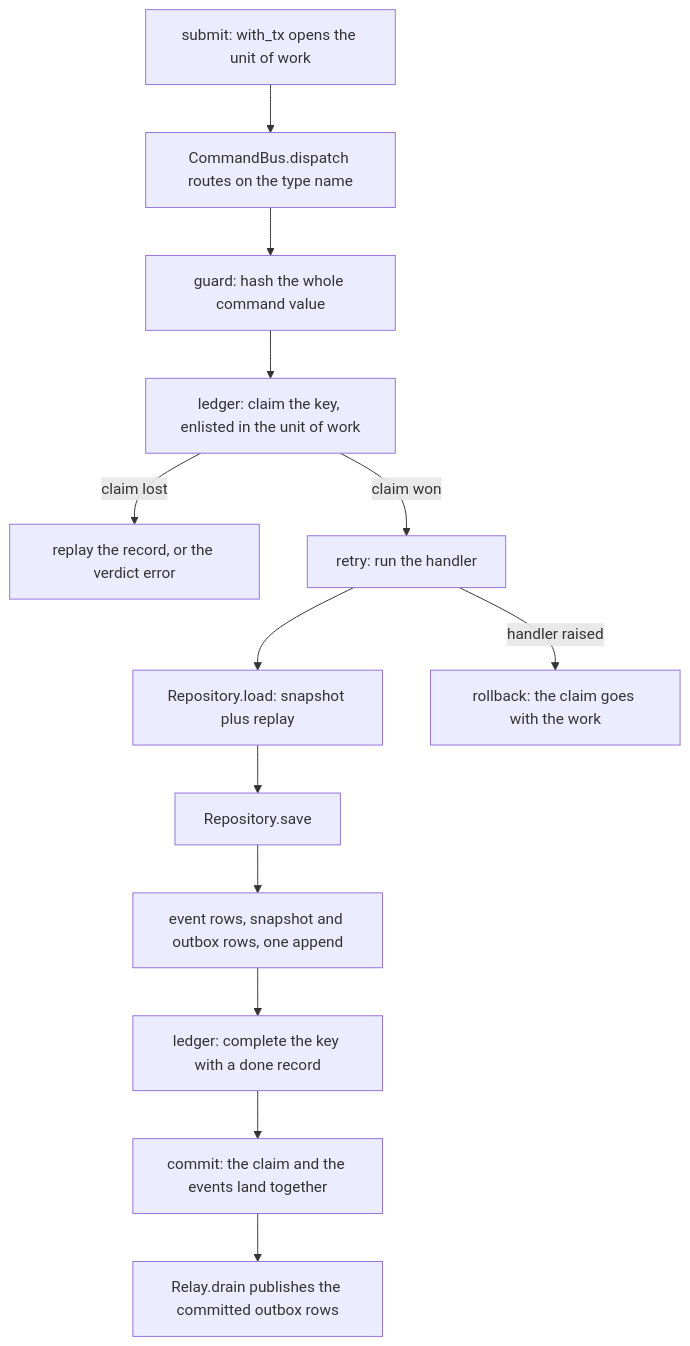
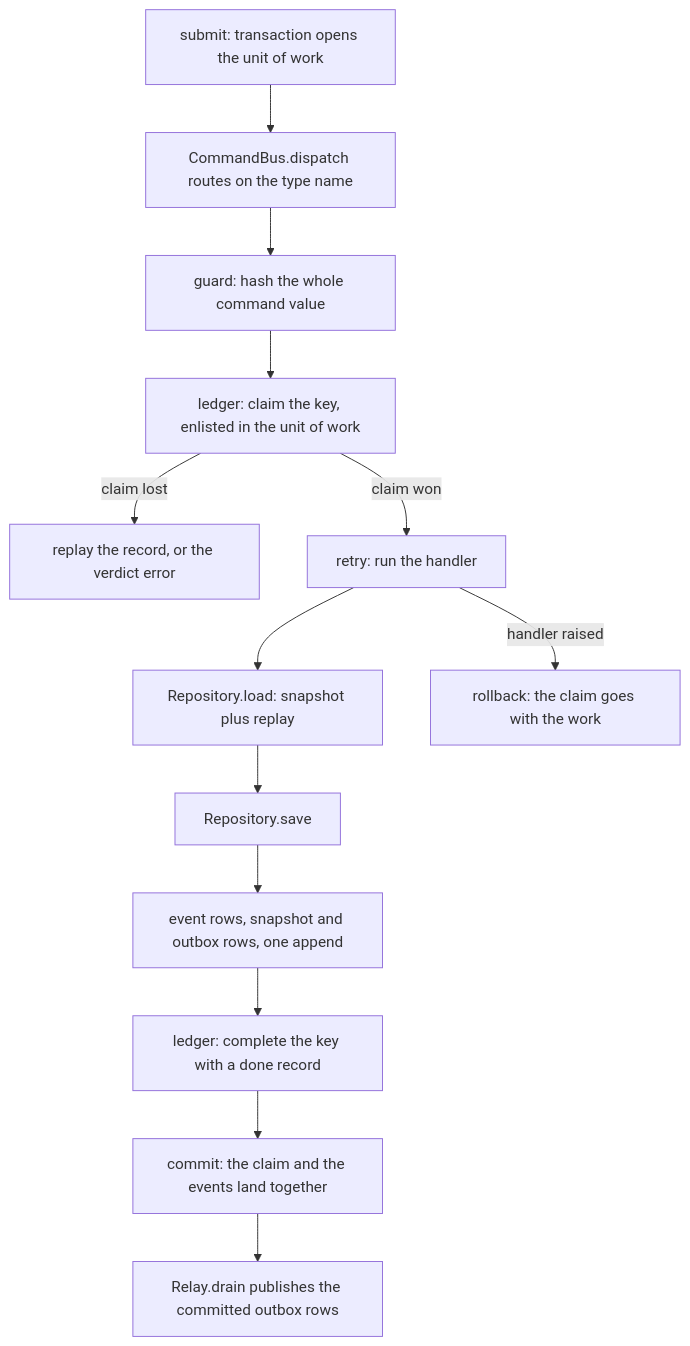
One commit to haskian/edax changed the third of 3 diagrams in docs/sdk/commands.md. Above: the diagram before and after it, drawn with Mermaid. The commit also changed other lines of this file and 43 other files, not shown here.

````diff
--- a/docs/sdk/commands.md
+++ b/docs/sdk/commands.md
@@ -304,15 +304,15 @@
 ```mermaid
 flowchart TB
-    A["submit: with_tx opens the unit of work"] --> B["CommandBus.dispatch routes on the type name"]
+    A["submit: transaction opens the unit of work"] --> B["CommandBus.dispatch routes on the type name"]
     B --> C["guard: hash the whole command value"]
     C --> D["ledger: claim the key, enlisted in the unit of work"]
     D -- "claim lost" --> R["replay the record, or the verdict error"]
     D -- "claim won" --> E["retry: run the handler"]
     E --> F["Repository.load: snapshot plus replay"]
     F --> G["Repository.save"]
     G --> H["event rows, snapshot and outbox rows, one append"]
     H --> I["ledger: complete the key with a done record"]
     I --> J["commit: the claim and the events land together"]
     E -- "handler raised" --> K["rollback: the claim goes with the work"]
     J --> L["Relay.drain publishes the committed outbox rows"]
 ```
````
